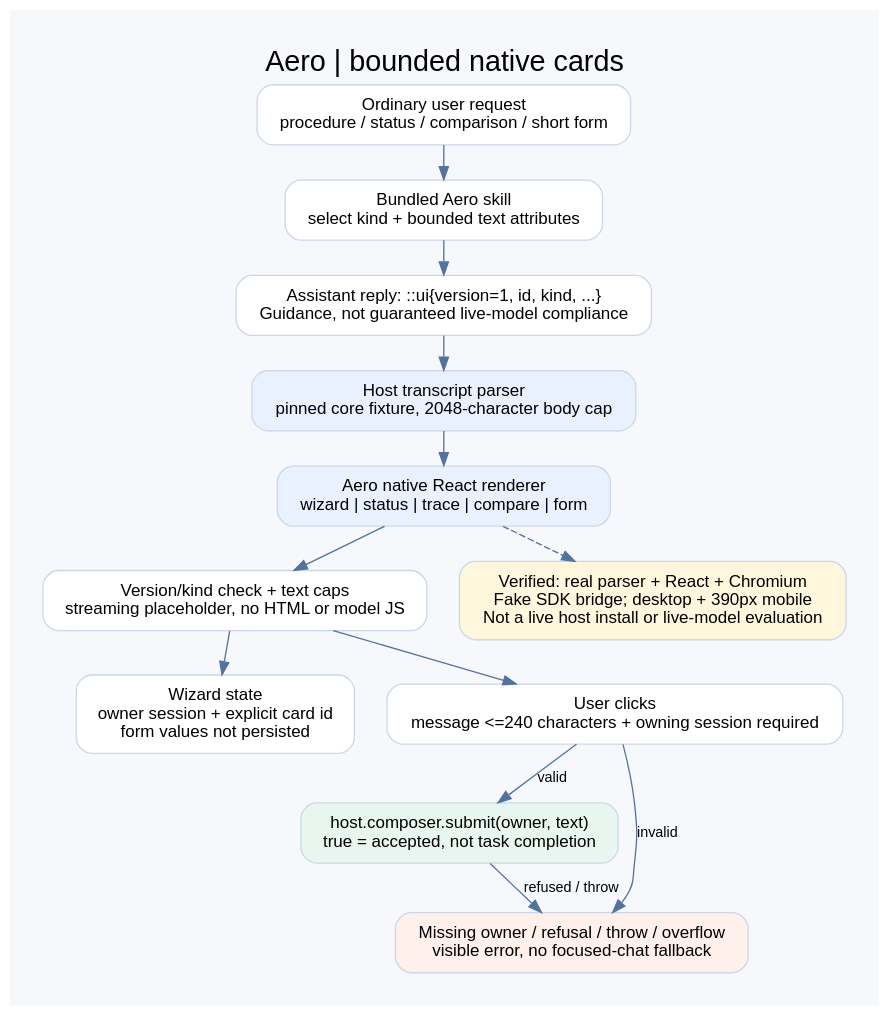
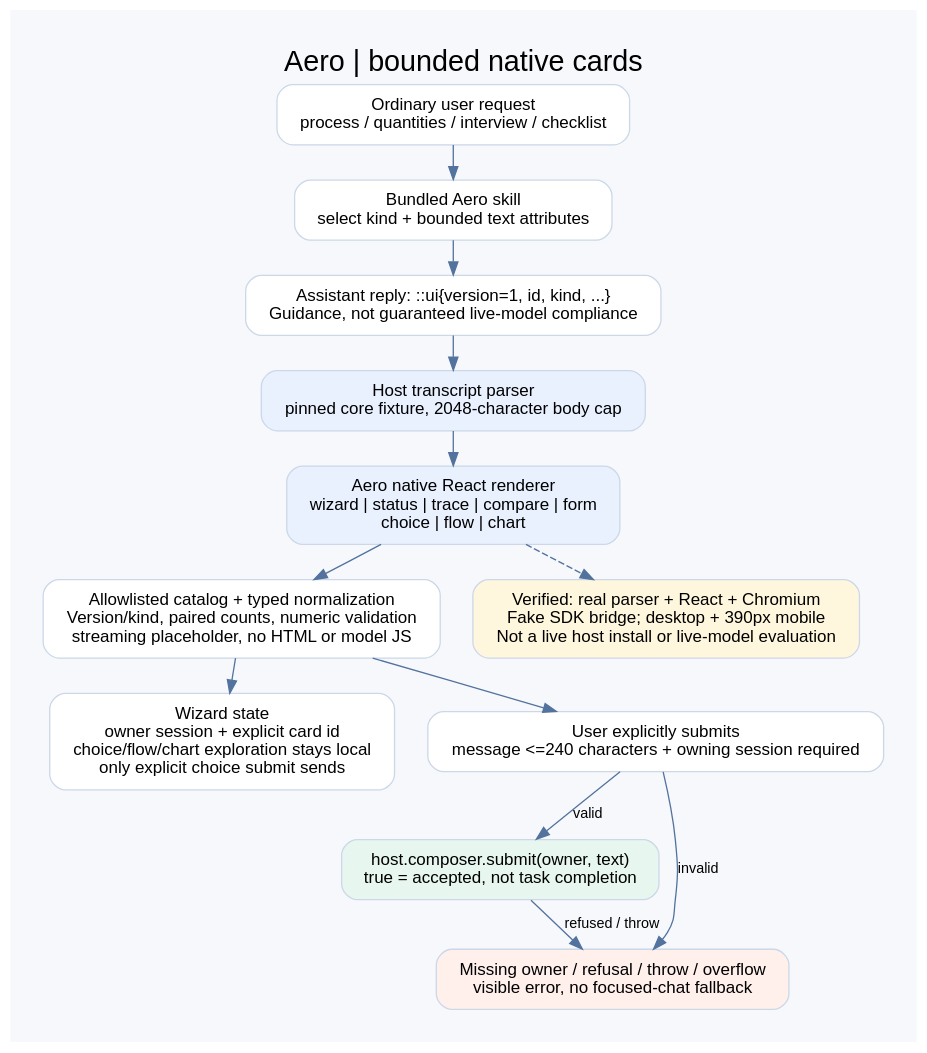
The diagram in plugins/aero/docs/aero-flow.dot (Abelion512/AHP), drawn with Graphviz before and after one commit. The commit also changed 19 other files, not shown here.

Commit message:
feat(aero): add visual learning exploration and choice controls

```diff
--- a/plugins/aero/docs/aero-flow.dot
+++ b/plugins/aero/docs/aero-flow.dot
@@ -1,21 +1,21 @@
 digraph Aero {
  graph [rankdir=TB,bgcolor="#f6f8fc",pad="0.35",nodesep="0.35",ranksep="0.35",fontname="Arial",label="Aero | bounded native cards",labelloc=t,fontsize=22];
  node [shape=box,style="rounded,filled",fillcolor="white",color="#ccd8e8",fontname="Arial",fontsize=13,margin="0.18,0.12"];
  edge [color="#53739e",fontname="Arial",fontsize=11];
- request [label="Ordinary user request\nprocedure / status / comparison / short form"];
+ request [label="Ordinary user request\nprocess / quantities / interview / checklist"];
  skill [label="Bundled Aero skill\nselect kind + bounded text attributes"];
  directive [label="Assistant reply: ::ui{version=1, id, kind, ...}\nGuidance, not guaranteed live-model compliance"];
  parser [label="Host transcript parser\npinned core fixture, 2048-character body cap",fillcolor="#e9f1ff"];
- renderer [label="Aero native React renderer\nwizard | status | trace | compare | form",fillcolor="#e9f1ff"];
- validate [label="Version/kind check + text caps\nstreaming placeholder, no HTML or model JS"];
- state [label="Wizard state\nowner session + explicit card id\nform values not persisted"];
- action [label="User clicks\nmessage <=240 characters + owning session required"];
+ renderer [label="Aero native React renderer\nwizard | status | trace | compare | form\nchoice | flow | chart",fillcolor="#e9f1ff"];
+ validate [label="Allowlisted catalog + typed normalization\nVersion/kind, paired counts, numeric validation\nstreaming placeholder, no HTML or model JS"];
+ state [label="Wizard state\nowner session + explicit card id\nchoice/flow/chart exploration stays local\nonly explicit choice submit sends"];
+ action [label="User explicitly submits\nmessage <=240 characters + owning session required"];
  bridge [label="host.composer.submit(owner, text)\ntrue = accepted, not task completion",fillcolor="#e7f6ee"];
  refuse [label="Missing owner / refusal / throw / overflow\nvisible error, no focused-chat fallback",fillcolor="#fff0ec"];
  tests [label="Verified: real parser + React + Chromium\nFake SDK bridge; desktop + 390px mobile\nNot a live host install or live-model evaluation",fillcolor="#fff7dd"];
  request -> skill -> directive -> parser -> renderer -> validate;
  validate -> state; validate -> action; action -> bridge [label="valid"];
  action -> refuse [label="invalid"];
  bridge -> refuse [label="refused / throw"];
  renderer -> tests [style=dashed];
 }
```
